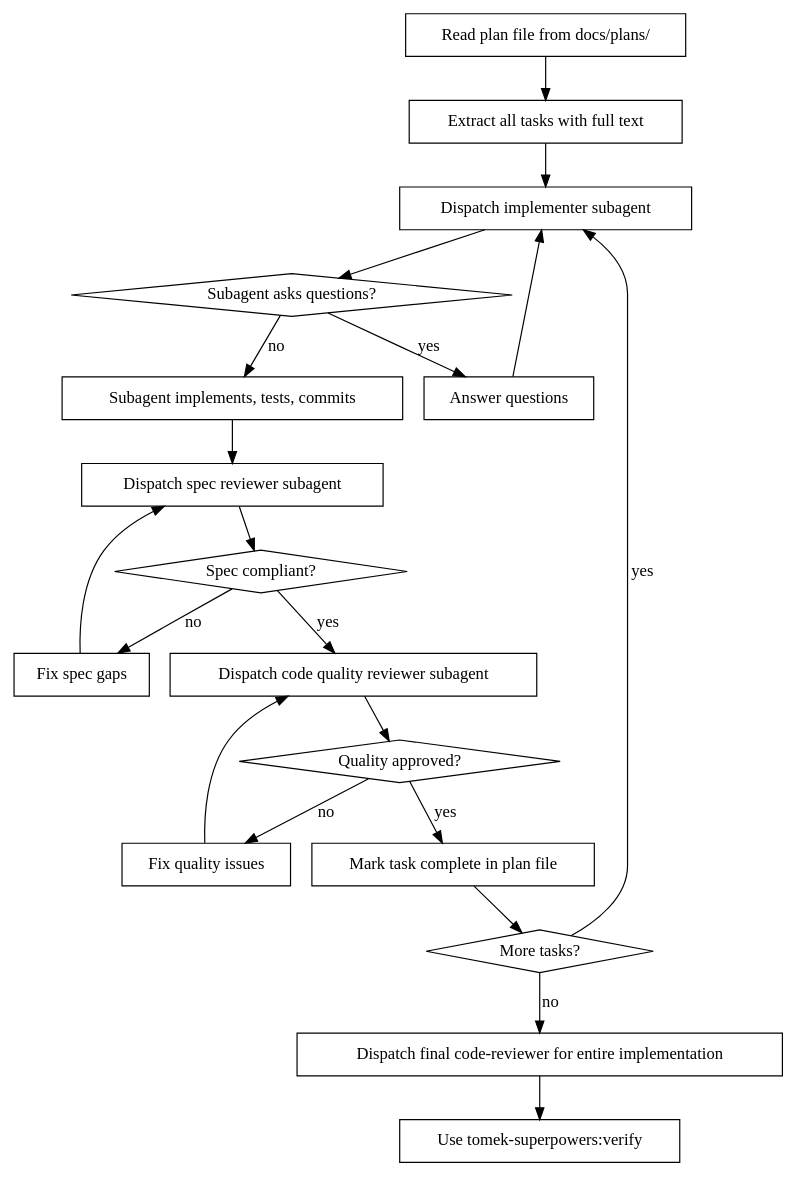
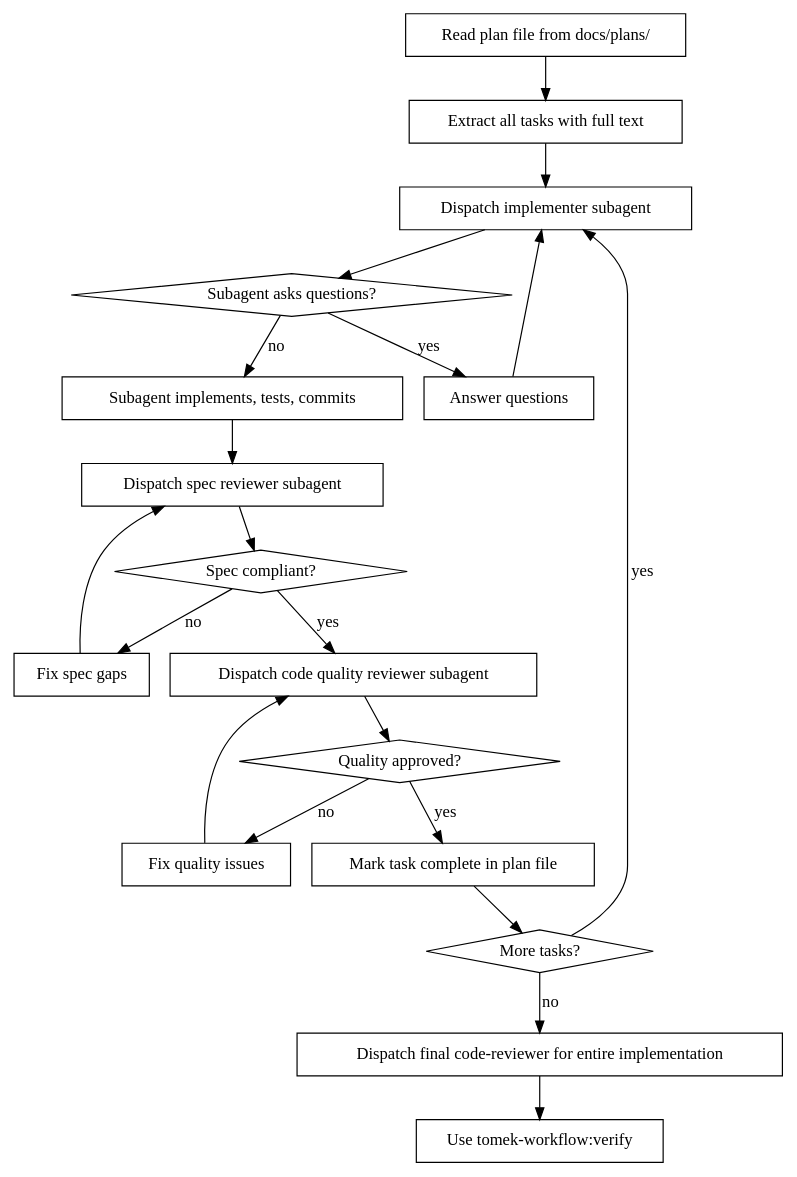
The diagram in skills/build/SKILL.md (tomekhotdog/tomek-superpowers), drawn with Graphviz before and after one commit. The commit also changed 12 other files, not shown here.

````diff
--- a/skills/build/SKILL.md
+++ b/skills/build/SKILL.md
@@ -18,42 +18,42 @@
 ```dot
 digraph process {
     rankdir=TB;
 
     "Read plan file from docs/plans/" [shape=box];
     "Extract all tasks with full text" [shape=box];
     "Dispatch implementer subagent" [shape=box];
     "Subagent asks questions?" [shape=diamond];
     "Answer questions" [shape=box];
     "Subagent implements, tests, commits" [shape=box];
     "Dispatch spec reviewer subagent" [shape=box];
     "Spec compliant?" [shape=diamond];
     "Fix spec gaps" [shape=box];
     "Dispatch code quality reviewer subagent" [shape=box];
     "Quality approved?" [shape=diamond];
     "Fix quality issues" [shape=box];
     "Mark task complete in plan file" [shape=box];
     "More tasks?" [shape=diamond];
     "Dispatch final code-reviewer for entire implementation" [shape=box];
-    "Use tomek-superpowers:verify" [shape=box];
+    "Use tomek-workflow:verify" [shape=box];
 
     "Read plan file from docs/plans/" -> "Extract all tasks with full text";
     "Extract all tasks with full text" -> "Dispatch implementer subagent";
     "Dispatch implementer subagent" -> "Subagent asks questions?";
     "Subagent asks questions?" -> "Answer questions" [label="yes"];
     "Answer questions" -> "Dispatch implementer subagent";
     "Subagent asks questions?" -> "Subagent implements, tests, commits" [label="no"];
     "Subagent implements, tests, commits" -> "Dispatch spec reviewer subagent";
     "Dispatch spec reviewer subagent" -> "Spec compliant?";
     "Spec compliant?" -> "Fix spec gaps" [label="no"];
     "Fix spec gaps" -> "Dispatch spec reviewer subagent";
     "Spec compliant?" -> "Dispatch code quality reviewer subagent" [label="yes"];
     "Dispatch code quality reviewer subagent" -> "Quality approved?";
     "Quality approved?" -> "Fix quality issues" [label="no"];
     "Fix quality issues" -> "Dispatch code quality reviewer subagent";
     "Quality approved?" -> "Mark task complete in plan file" [label="yes"];
     "Mark task complete in plan file" -> "More tasks?";
     "More tasks?" -> "Dispatch implementer subagent" [label="yes"];
     "More tasks?" -> "Dispatch final code-reviewer for entire implementation" [label="no"];
-    "Dispatch final code-reviewer for entire implementation" -> "Use tomek-superpowers:verify";
+    "Dispatch final code-reviewer for entire implementation" -> "Use tomek-workflow:verify";
 }
 ```
````
